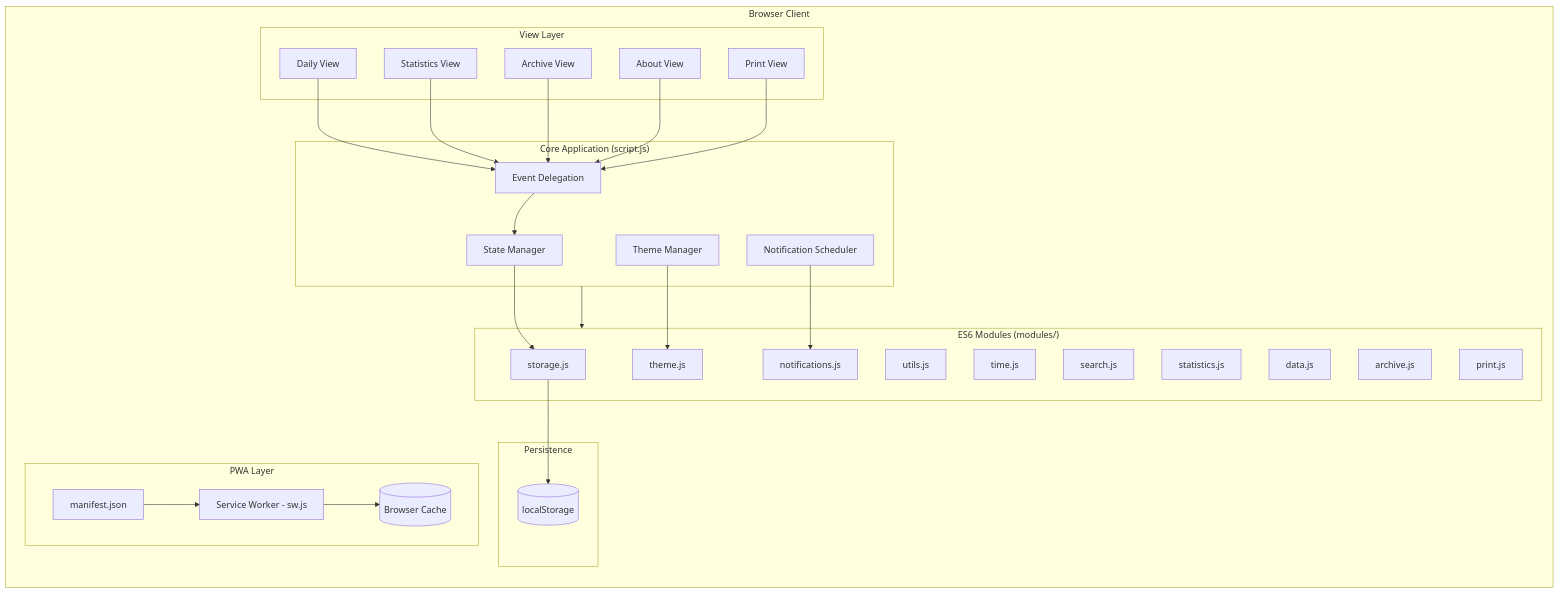
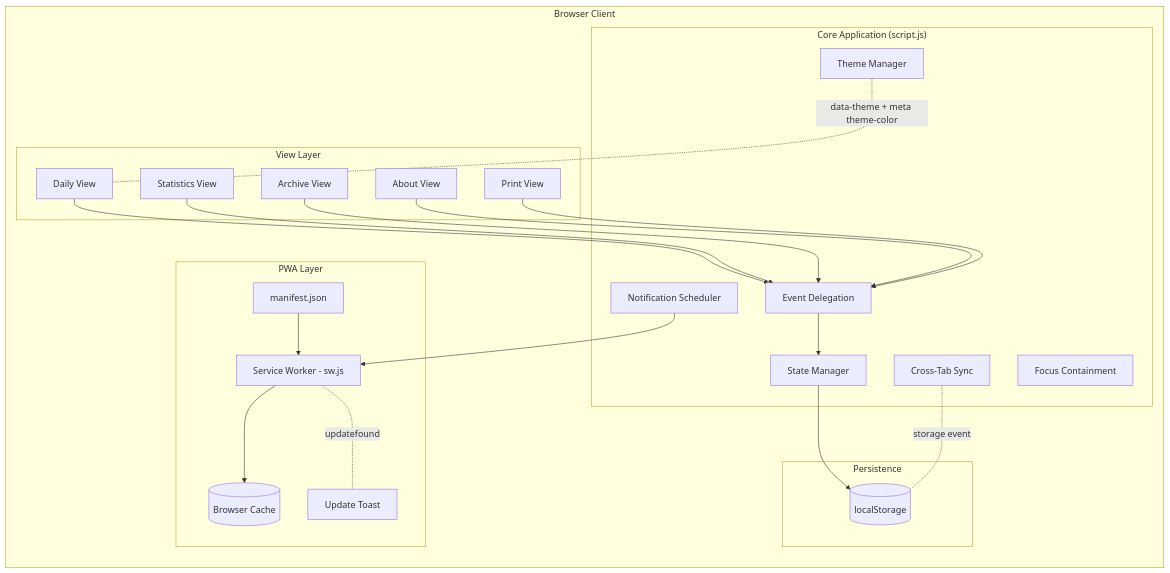
One commit to Technical-1/Easy-Time-Blocking changed the diagram in .portfolio/architecture.md. Above: the diagram before and after it, drawn with Mermaid. The commit also changed other lines of this file and 6 other files, not shown here.

````diff
--- a/.portfolio/architecture.md
+++ b/.portfolio/architecture.md
@@ -5,62 +5,51 @@
 ```mermaid
 flowchart TB
     subgraph Client["Browser Client"]
         direction TB
 
         subgraph Views["View Layer"]
             DV[Daily View]
             SV[Statistics View]
             AV[Archive View]
             ABV[About View]
             PV[Print View]
         end
 
         subgraph Core["Core Application (script.js)"]
             EM[Event Delegation]
             SM[State Manager]
             TM[Theme Manager]
             NM[Notification Scheduler]
-        end
-
-        subgraph Modules["ES6 Modules (modules/)"]
-            Storage[storage.js]
-            Utils[utils.js]
-            Time[time.js]
-            Search[search.js]
-            Stats[statistics.js]
-            Data[data.js]
-            Archive[archive.js]
-            Print[print.js]
-            Theme[theme.js]
-            Notify[notifications.js]
+            XT[Cross-Tab Sync]
+            FT[Focus Containment]
         end
 
         subgraph DataLayer["Persistence"]
             LS[(localStorage)]
         end
 
         subgraph PWA["PWA Layer"]
             SW[Service Worker - sw.js]
             MF[manifest.json]
             Cache[(Browser Cache)]
+            UT[Update Toast]
         end
     end
 
     DV --> EM
     SV --> EM
     AV --> EM
     ABV --> EM
     PV --> EM
 
     EM --> SM
-    SM --> Storage
-    Storage --> LS
+    SM --> LS
+    XT -. storage event .- LS
 
-    TM --> Theme
-    NM --> Notify
+    TM -. data-theme + meta theme-color .- DV
+    NM --> SW
 
     SW --> Cache
     MF --> SW
-
-    Core --> Modules
+    SW -. updatefound .- UT
 ```
````
